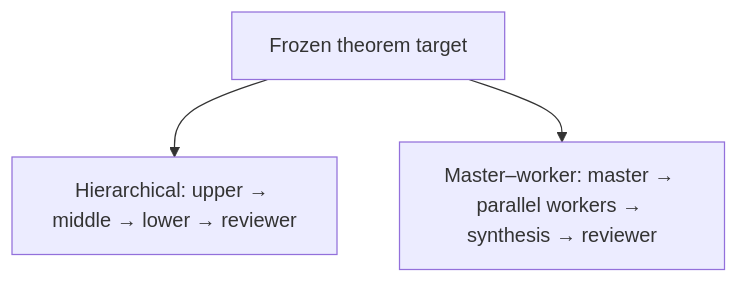
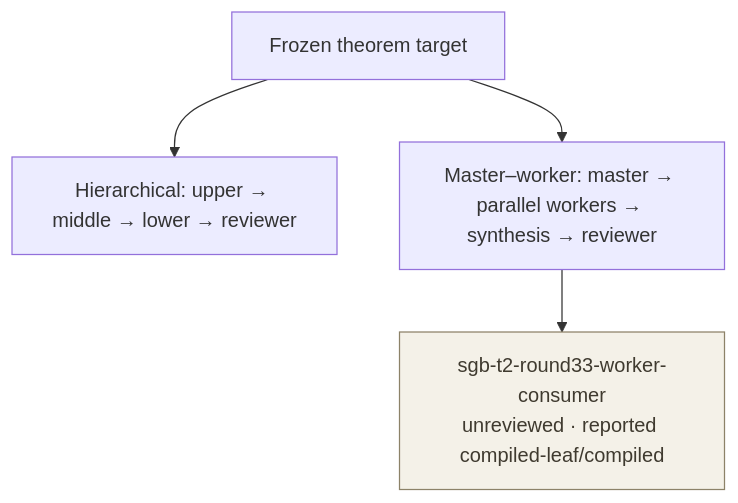
The diagram in runs/harness-comparison/latest.mmd (DakeBU/Auto-Bandit-RL-Proof-In-Sleep), drawn with Mermaid before and after one commit. The commit also changed 14 other files, not shown here.

```diff
--- a/runs/harness-comparison/latest.mmd
+++ b/runs/harness-comparison/latest.mmd
@@ -1,9 +1,12 @@
 flowchart TD
   ROOT["Frozen theorem target"]
   H["Hierarchical: upper → middle → lower → reviewer"]
   M["Master–worker: master → parallel workers → synthesis → reviewer"]
   ROOT --> H
   ROOT --> M
+  A0_sgb_t2_round33_worker_consumer["sgb-t2-round33-worker-consumer\nunreviewed · reported compiled-leaf/compiled"]
+  M --> A0_sgb_t2_round33_worker_consumer
+  class A0_sgb_t2_round33_worker_consumer unreviewed
   classDef substantive fill:#dff5e7,stroke:#176b3a,color:#123b25
   classDef failed fill:#fde7e7,stroke:#a33a3a,color:#5f1d1d
   classDef unreviewed fill:#f4f1e8,stroke:#8c8268,color:#3f3a2f
```
